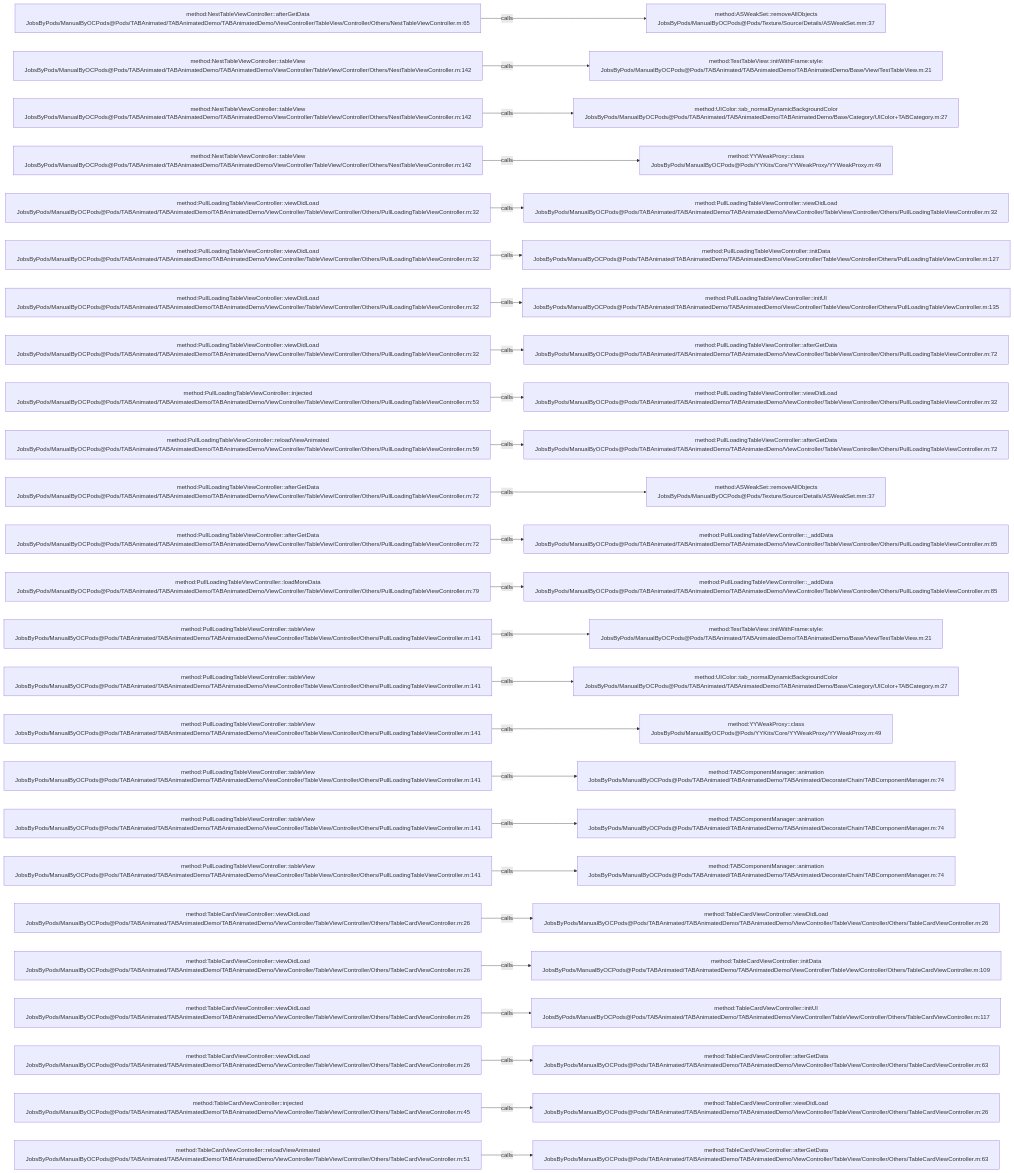
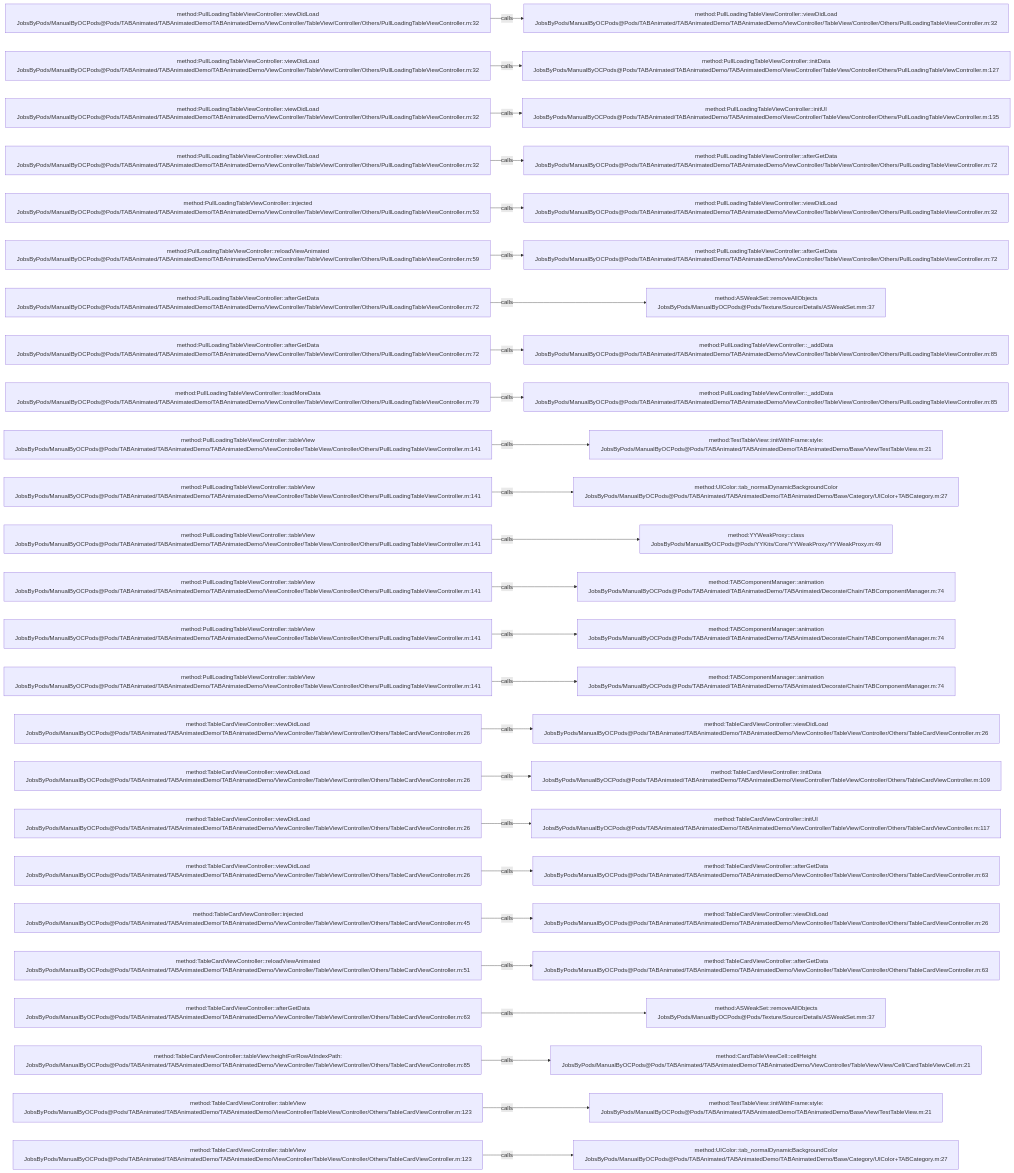
One commit to JobsKits/JobsOCBaseConfigDemo changed the diagram in .codegraph/codegraph.md/graphs/calls-056.md. Above: the diagram before and after it, drawn with Mermaid. The commit also changed 727 other files, not shown here.

````diff
--- a/.codegraph/codegraph.md/graphs/calls-056.md
+++ b/.codegraph/codegraph.md/graphs/calls-056.md
@@ -13,78 +13,78 @@
 ```mermaid
 flowchart LR
-  S1["method:NestTableViewController::afterGetData<br/>JobsByPods/ManualByOCPods@Pods/TABAnimated/TABAnimatedDemo/TABAnimatedDemo/ViewController/TableView/Controller/Others/NestTableViewController.m:65"]
-  T1["method:ASWeakSet::removeAllObjects<br/>JobsByPods/ManualByOCPods@Pods/Texture/Source/Details/ASWeakSet.mm:37"]
+  S1["method:PullLoadingTableViewController::viewDidLoad<br/>JobsByPods/ManualByOCPods@Pods/TABAnimated/TABAnimatedDemo/TABAnimatedDemo/ViewController/TableView/Controller/Others/PullLoadingTableViewController.m:32"]
+  T1["method:PullLoadingTableViewController::viewDidLoad<br/>JobsByPods/ManualByOCPods@Pods/TABAnimated/TABAnimatedDemo/TABAnimatedDemo/ViewController/TableView/Controller/Others/PullLoadingTableViewController.m:32"]
   S1 -->|calls| T1
-  S2["method:NestTableViewController::tableView<br/>JobsByPods/ManualByOCPods@Pods/TABAnimated/TABAnimatedDemo/TABAnimatedDemo/ViewController/TableView/Controller/Others/NestTableViewController.m:142"]
-  T2["method:TestTableView::initWithFrame:style:<br/>JobsByPods/ManualByOCPods@Pods/TABAnimated/TABAnimatedDemo/TABAnimatedDemo/Base/View/TestTableView.m:21"]
+  S2["method:PullLoadingTableViewController::viewDidLoad<br/>JobsByPods/ManualByOCPods@Pods/TABAnimated/TABAnimatedDemo/TABAnimatedDemo/ViewController/TableView/Controller/Others/PullLoadingTableViewController.m:32"]
+  T2["method:PullLoadingTableViewController::initData<br/>JobsByPods/ManualByOCPods@Pods/TABAnimated/TABAnimatedDemo/TABAnimatedDemo/ViewController/TableView/Controller/Others/PullLoadingTableViewController.m:127"]
   S2 -->|calls| T2
-  S3["method:NestTableViewController::tableView<br/>JobsByPods/ManualByOCPods@Pods/TABAnimated/TABAnimatedDemo/TABAnimatedDemo/ViewController/TableView/Controller/Others/NestTableViewController.m:142"]
-  T3["method:UIColor::tab_normalDynamicBackgroundColor<br/>JobsByPods/ManualByOCPods@Pods/TABAnimated/TABAnimatedDemo/TABAnimatedDemo/Base/Category/UIColor+TABCategory.m:27"]
+  S3["method:PullLoadingTableViewController::viewDidLoad<br/>JobsByPods/ManualByOCPods@Pods/TABAnimated/TABAnimatedDemo/TABAnimatedDemo/ViewController/TableView/Controller/Others/PullLoadingTableViewController.m:32"]
+  T3["method:PullLoadingTableViewController::initUI<br/>JobsByPods/ManualByOCPods@Pods/TABAnimated/TABAnimatedDemo/TABAnimatedDemo/ViewController/TableView/Controller/Others/PullLoadingTableViewController.m:135"]
   S3 -->|calls| T3
-  S4["method:NestTableViewController::tableView<br/>JobsByPods/ManualByOCPods@Pods/TABAnimated/TABAnimatedDemo/TABAnimatedDemo/ViewController/TableView/Controller/Others/NestTableViewController.m:142"]
-  T4["method:YYWeakProxy::class<br/>JobsByPods/ManualByOCPods@Pods/YYKits/Core/YYWeakProxy/YYWeakProxy.m:49"]
+  S4["method:PullLoadingTableViewController::viewDidLoad<br/>JobsByPods/ManualByOCPods@Pods/TABAnimated/TABAnimatedDemo/TABAnimatedDemo/ViewController/TableView/Controller/Others/PullLoadingTableViewController.m:32"]
+  T4["method:PullLoadingTableViewController::afterGetData<br/>JobsByPods/ManualByOCPods@Pods/TABAnimated/TABAnimatedDemo/TABAnimatedDemo/ViewController/TableView/Controller/Others/PullLoadingTableViewController.m:72"]
   S4 -->|calls| T4
-  S5["method:PullLoadingTableViewController::viewDidLoad<br/>JobsByPods/ManualByOCPods@Pods/TABAnimated/TABAnimatedDemo/TABAnimatedDemo/ViewController/TableView/Controller/Others/PullLoadingTableViewController.m:32"]
+  S5["method:PullLoadingTableViewController::injected<br/>JobsByPods/ManualByOCPods@Pods/TABAnimated/TABAnimatedDemo/TABAnimatedDemo/ViewController/TableView/Controller/Others/PullLoadingTableViewController.m:53"]
   T5["method:PullLoadingTableViewController::viewDidLoad<br/>JobsByPods/ManualByOCPods@Pods/TABAnimated/TABAnimatedDemo/TABAnimatedDemo/ViewController/TableView/Controller/Others/PullLoadingTableViewController.m:32"]
   S5 -->|calls| T5
-  S6["method:PullLoadingTableViewController::viewDidLoad<br/>JobsByPods/ManualByOCPods@Pods/TABAnimated/TABAnimatedDemo/TABAnimatedDemo/ViewController/TableView/Controller/Others/PullLoadingTableViewController.m:32"]
-  T6["method:PullLoadingTableViewController::initData<br/>JobsByPods/ManualByOCPods@Pods/TABAnimated/TABAnimatedDemo/TABAnimatedDemo/ViewController/TableView/Controller/Others/PullLoadingTableViewController.m:127"]
+  S6["method:PullLoadingTableViewController::reloadViewAnimated<br/>JobsByPods/ManualByOCPods@Pods/TABAnimated/TABAnimatedDemo/TABAnimatedDemo/ViewController/TableView/Controller/Others/PullLoadingTableViewController.m:59"]
+  T6["method:PullLoadingTableViewController::afterGetData<br/>JobsByPods/ManualByOCPods@Pods/TABAnimated/TABAnimatedDemo/TABAnimatedDemo/ViewController/TableView/Controller/Others/PullLoadingTableViewController.m:72"]
   S6 -->|calls| T6
-  S7["method:PullLoadingTableViewController::viewDidLoad<br/>JobsByPods/ManualByOCPods@Pods/TABAnimated/TABAnimatedDemo/TABAnimatedDemo/ViewController/TableView/Controller/Others/PullLoadingTableViewController.m:32"]
-  T7["method:PullLoadingTableViewController::initUI<br/>JobsByPods/ManualByOCPods@Pods/TABAnimated/TABAnimatedDemo/TABAnimatedDemo/ViewController/TableView/Controller/Others/PullLoadingTableViewController.m:135"]
+  S7["method:PullLoadingTableViewController::afterGetData<br/>JobsByPods/ManualByOCPods@Pods/TABAnimated/TABAnimatedDemo/TABAnimatedDemo/ViewController/TableView/Controller/Others/PullLoadingTableViewController.m:72"]
+  T7["method:ASWeakSet::removeAllObjects<br/>JobsByPods/ManualByOCPods@Pods/Texture/Source/Details/ASWeakSet.mm:37"]
   S7 -->|calls| T7
-  S8["method:PullLoadingTableViewController::viewDidLoad<br/>JobsByPods/ManualByOCPods@Pods/TABAnimated/TABAnimatedDemo/TABAnimatedDemo/ViewController/TableView/Controller/Others/PullLoadingTableViewController.m:32"]
-  T8["method:PullLoadingTableViewController::afterGetData<br/>JobsByPods/ManualByOCPods@Pods/TABAnimated/TABAnimatedDemo/TABAnimatedDemo/ViewController/TableView/Controller/Others/PullLoadingTableViewController.m:72"]
+  S8["method:PullLoadingTableViewController::afterGetData<br/>JobsByPods/ManualByOCPods@Pods/TABAnimated/TABAnimatedDemo/TABAnimatedDemo/ViewController/TableView/Controller/Others/PullLoadingTableViewController.m:72"]
+  T8["method:PullLoadingTableViewController::_addData<br/>JobsByPods/ManualByOCPods@Pods/TABAnimated/TABAnimatedDemo/TABAnimatedDemo/ViewController/TableView/Controller/Others/PullLoadingTableViewController.m:85"]
   S8 -->|calls| T8
-  S9["method:PullLoadingTableViewController::injected<br/>JobsByPods/ManualByOCPods@Pods/TABAnimated/TABAnimatedDemo/TABAnimatedDemo/ViewController/TableView/Controller/Others/PullLoadingTableViewController.m:53"]
-  T9["method:PullLoadingTableViewController::viewDidLoad<br/>JobsByPods/ManualByOCPods@Pods/TABAnimated/TABAnimatedDemo/TABAnimatedDemo/ViewController/TableView/Controller/Others/PullLoadingTableViewController.m:32"]
+  S9["method:PullLoadingTableViewController::loadMoreData<br/>JobsByPods/ManualByOCPods@Pods/TABAnimated/TABAnimatedDemo/TABAnimatedDemo/ViewController/TableView/Controller/Others/PullLoadingTableViewController.m:79"]
+  T9["method:PullLoadingTableViewController::_addData<br/>JobsByPods/ManualByOCPods@Pods/TABAnimated/TABAnimatedDemo/TABAnimatedDemo/ViewController/TableView/Controller/Others/PullLoadingTableViewController.m:85"]
   S9 -->|calls| T9
-  S10["method:PullLoadingTableViewController::reloadViewAnimated<br/>JobsByPods/ManualByOCPods@Pods/TABAnimated/TABAnimatedDemo/TABAnimatedDemo/ViewController/TableView/Controller/Others/PullLoadingTableViewController.m:59"]
-  T10["method:PullLoadingTableViewController::afterGetData<br/>JobsByPods/ManualByOCPods@Pods/TABAnimated/TABAnimatedDemo/TABAnimatedDemo/ViewController/TableView/Controller/Others/PullLoadingTableViewController.m:72"]
+  S10["method:PullLoadingTableViewController::tableView<br/>JobsByPods/ManualByOCPods@Pods/TABAnimated/TABAnimatedDemo/TABAnimatedDemo/ViewController/TableView/Controller/Others/PullLoadingTableViewController.m:141"]
+  T10["method:TestTableView::initWithFrame:style:<br/>JobsByPods/ManualByOCPods@Pods/TABAnimated/TABAnimatedDemo/TABAnimatedDemo/Base/View/TestTableView.m:21"]
   S10 -->|calls| T10
-  S11["method:PullLoadingTableViewController::afterGetData<br/>JobsByPods/ManualByOCPods@Pods/TABAnimated/TABAnimatedDemo/TABAnimatedDemo/ViewController/TableView/Controller/Others/PullLoadingTableViewController.m:72"]
-  T11["method:ASWeakSet::removeAllObjects<br/>JobsByPods/ManualByOCPods@Pods/Texture/Source/Details/ASWeakSet.mm:37"]
+  S11["method:PullLoadingTableViewController::tableView<br/>JobsByPods/ManualByOCPods@Pods/TABAnimated/TABAnimatedDemo/TABAnimatedDemo/ViewController/TableView/Controller/Others/PullLoadingTableViewController.m:141"]
+  T11["method:UIColor::tab_normalDynamicBackgroundColor<br/>JobsByPods/ManualByOCPods@Pods/TABAnimated/TABAnimatedDemo/TABAnimatedDemo/Base/Category/UIColor+TABCategory.m:27"]
   S11 -->|calls| T11
-  S12["method:PullLoadingTableViewController::afterGetData<br/>JobsByPods/ManualByOCPods@Pods/TABAnimated/TABAnimatedDemo/TABAnimatedDemo/ViewController/TableView/Controller/Others/PullLoadingTableViewController.m:72"]
-  T12["method:PullLoadingTableViewController::_addData<br/>JobsByPods/ManualByOCPods@Pods/TABAnimated/TABAnimatedDemo/TABAnimatedDemo/ViewController/TableView/Controller/Others/PullLoadingTableViewController.m:85"]
+  S12["method:PullLoadingTableViewController::tableView<br/>JobsByPods/ManualByOCPods@Pods/TABAnimated/TABAnimatedDemo/TABAnimatedDemo/ViewController/TableView/Controller/Others/PullLoadingTableViewController.m:141"]
+  T12["method:YYWeakProxy::class<br/>JobsByPods/ManualByOCPods@Pods/YYKits/Core/YYWeakProxy/YYWeakProxy.m:49"]
   S12 -->|calls| T12
-  S13["method:PullLoadingTableViewController::loadMoreData<br/>JobsByPods/ManualByOCPods@Pods/TABAnimated/TABAnimatedDemo/TABAnimatedDemo/ViewController/TableView/Controller/Others/PullLoadingTableViewController.m:79"]
-  T13["method:PullLoadingTableViewController::_addData<br/>JobsByPods/ManualByOCPods@Pods/TABAnimated/TABAnimatedDemo/TABAnimatedDemo/ViewController/TableView/Controller/Others/PullLoadingTableViewController.m:85"]
+  S13["method:PullLoadingTableViewController::tableView<br/>JobsByPods/ManualByOCPods@Pods/TABAnimated/TABAnimatedDemo/TABAnimatedDemo/ViewController/TableView/Controller/Others/PullLoadingTableViewController.m:141"]
+  T13["method:TABComponentManager::animation<br/>JobsByPods/ManualByOCPods@Pods/TABAnimated/TABAnimatedDemo/TABAnimated/Decorate/Chain/TABComponentManager.m:74"]
   S13 -->|calls| T13
   S14["method:PullLoadingTableViewController::tableView<br/>JobsByPods/ManualByOCPods@Pods/TABAnimated/TABAnimatedDemo/TABAnimatedDemo/ViewController/TableView/Controller/Others/PullLoadingTableViewController.m:141"]
-  T14["method:TestTableView::initWithFrame:style:<br/>JobsByPods/ManualByOCPods@Pods/TABAnimated/TABAnimatedDemo/TABAnimatedDemo/Base/View/TestTableView.m:21"]
+  T14["method:TABComponentManager::animation<br/>JobsByPods/ManualByOCPods@Pods/TABAnimated/TABAnimatedDemo/TABAnimated/Decorate/Chain/TABComponentManager.m:74"]
   S14 -->|calls| T14
   S15["method:PullLoadingTableViewController::tableView<br/>JobsByPods/ManualByOCPods@Pods/TABAnimated/TABAnimatedDemo/TABAnimatedDemo/ViewController/TableView/Controller/Others/PullLoadingTableViewController.m:141"]
-  T15["method:UIColor::tab_normalDynamicBackgroundColor<br/>JobsByPods/ManualByOCPods@Pods/TABAnimated/TABAnimatedDemo/TABAnimatedDemo/Base/Category/UIColor+TABCategory.m:27"]
+  T15["method:TABComponentManager::animation<br/>JobsByPods/ManualByOCPods@Pods/TABAnimated/TABAnimatedDemo/TABAnimated/Decorate/Chain/TABComponentManager.m:74"]
   S15 -->|calls| T15
-  S16["method:PullLoadingTableViewController::tableView<br/>JobsByPods/ManualByOCPods@Pods/TABAnimated/TABAnimatedDemo/TABAnimatedDemo/ViewController/TableView/Controller/Others/PullLoadingTableViewController.m:141"]
-  T16["method:YYWeakProxy::class<br/>JobsByPods/ManualByOCPods@Pods/YYKits/Core/YYWeakProxy/YYWeakProxy.m:49"]
+  S16["method:TableCardViewController::viewDidLoad<br/>JobsByPods/ManualByOCPods@Pods/TABAnimated/TABAnimatedDemo/TABAnimatedDemo/ViewController/TableView/Controller/Others/TableCardViewController.m:26"]
+  T16["method:TableCardViewController::viewDidLoad<br/>JobsByPods/ManualByOCPods@Pods/TABAnimated/TABAnimatedDemo/TABAnimatedDemo/ViewController/TableView/Controller/Others/TableCardViewController.m:26"]
   S16 -->|calls| T16
-  S17["method:PullLoadingTableViewController::tableView<br/>JobsByPods/ManualByOCPods@Pods/TABAnimated/TABAnimatedDemo/TABAnimatedDemo/ViewController/TableView/Controller/Others/PullLoadingTableViewController.m:141"]
-  T17["method:TABComponentManager::animation<br/>JobsByPods/ManualByOCPods@Pods/TABAnimated/TABAnimatedDemo/TABAnimated/Decorate/Chain/TABComponentManager.m:74"]
+  S17["method:TableCardViewController::viewDidLoad<br/>JobsByPods/ManualByOCPods@Pods/TABAnimated/TABAnimatedDemo/TABAnimatedDemo/ViewController/TableView/Controller/Others/TableCardViewController.m:26"]
+  T17["method:TableCardViewController::initData<br/>JobsByPods/ManualByOCPods@Pods/TABAnimated/TABAnimatedDemo/TABAnimatedDemo/ViewController/TableView/Controller/Others/TableCardViewController.m:109"]
   S17 -->|calls| T17
-  S18["method:PullLoadingTableViewController::tableView<br/>JobsByPods/ManualByOCPods@Pods/TABAnimated/TABAnimatedDemo/TABAnimatedDemo/ViewController/TableView/Controller/Others/PullLoadingTableViewController.m:141"]
-  T18["method:TABComponentManager::animation<br/>JobsByPods/ManualByOCPods@Pods/TABAnimated/TABAnimatedDemo/TABAnimated/Decorate/Chain/TABComponentManager.m:74"]
+  S18["method:TableCardViewController::viewDidLoad<br/>JobsByPods/ManualByOCPods@Pods/TABAnimated/TABAnimatedDemo/TABAnimatedDemo/ViewController/TableView/Controller/Others/TableCardViewController.m:26"]
+  T18["method:TableCardViewController::initUI<br/>JobsByPods/ManualByOCPods@Pods/TABAnimated/TABAnimatedDemo/TABAnimatedDemo/ViewController/TableView/Controller/Others/TableCardViewController.m:117"]
   S18 -->|calls| T18
-  S19["method:PullLoadingTableViewController::tableView<br/>JobsByPods/ManualByOCPods@Pods/TABAnimated/TABAnimatedDemo/TABAnimatedDemo/ViewController/TableView/Controller/Others/PullLoadingTableViewController.m:141"]
-  T19["method:TABComponentManager::animation<br/>JobsByPods/ManualByOCPods@Pods/TABAnimated/TABAnimatedDemo/TABAnimated/Decorate/Chain/TABComponentManager.m:74"]
+  S19["method:TableCardViewController::viewDidLoad<br/>JobsByPods/ManualByOCPods@Pods/TABAnimated/TABAnimatedDemo/TABAnimatedDemo/ViewController/TableView/Controller/Others/TableCardViewController.m:26"]
+  T19["method:TableCardViewController::afterGetData<br/>JobsByPods/ManualByOCPods@Pods/TABAnimated/TABAnimatedDemo/TABAnimatedDemo/ViewController/TableView/Controller/Others/TableCardViewController.m:63"]
   S19 -->|calls| T19
-  S20["method:TableCardViewController::viewDidLoad<br/>JobsByPods/ManualByOCPods@Pods/TABAnimated/TABAnimatedDemo/TABAnimatedDemo/ViewController/TableView/Controller/Others/TableCardViewController.m:26"]
+  S20["method:TableCardViewController::injected<br/>JobsByPods/ManualByOCPods@Pods/TABAnimated/TABAnimatedDemo/TABAnimatedDemo/ViewController/TableView/Controller/Others/TableCardViewController.m:45"]
   T20["method:TableCardViewController::viewDidLoad<br/>JobsByPods/ManualByOCPods@Pods/TABAnimated/TABAnimatedDemo/TABAnimatedDemo/ViewController/TableView/Controller/Others/TableCardViewController.m:26"]
   S20 -->|calls| T20
-  S21["method:TableCardViewController::viewDidLoad<br/>JobsByPods/ManualByOCPods@Pods/TABAnimated/TABAnimatedDemo/TABAnimatedDemo/ViewController/TableView/Controller/Others/TableCardViewController.m:26"]
-  T21["method:TableCardViewController::initData<br/>JobsByPods/ManualByOCPods@Pods/TABAnimated/TABAnimatedDemo/TABAnimatedDemo/ViewController/TableView/Controller/Others/TableCardViewController.m:109"]
+  S21["method:TableCardViewController::reloadViewAnimated<br/>JobsByPods/ManualByOCPods@Pods/TABAnimated/TABAnimatedDemo/TABAnimatedDemo/ViewController/TableView/Controller/Others/TableCardViewController.m:51"]
+  T21["method:TableCardViewController::afterGetData<br/>JobsByPods/ManualByOCPods@Pods/TABAnimated/TABAnimatedDemo/TABAnimatedDemo/ViewController/TableView/Controller/Others/TableCardViewController.m:63"]
   S21 -->|calls| T21
-  S22["method:TableCardViewController::viewDidLoad<br/>JobsByPods/ManualByOCPods@Pods/TABAnimated/TABAnimatedDemo/TABAnimatedDemo/ViewController/TableView/Controller/Others/TableCardViewController.m:26"]
-  T22["method:TableCardViewController::initUI<br/>JobsByPods/ManualByOCPods@Pods/TABAnimated/TABAnimatedDemo/TABAnimatedDemo/ViewController/TableView/Controller/Others/TableCardViewController.m:117"]
+  S22["method:TableCardViewController::afterGetData<br/>JobsByPods/ManualByOCPods@Pods/TABAnimated/TABAnimatedDemo/TABAnimatedDemo/ViewController/TableView/Controller/Others/TableCardViewController.m:63"]
+  T22["method:ASWeakSet::removeAllObjects<br/>JobsByPods/ManualByOCPods@Pods/Texture/Source/Details/ASWeakSet.mm:37"]
   S22 -->|calls| T22
-  S23["method:TableCardViewController::viewDidLoad<br/>JobsByPods/ManualByOCPods@Pods/TABAnimated/TABAnimatedDemo/TABAnimatedDemo/ViewController/TableView/Controller/Others/TableCardViewController.m:26"]
-  T23["method:TableCardViewController::afterGetData<br/>JobsByPods/ManualByOCPods@Pods/TABAnimated/TABAnimatedDemo/TABAnimatedDemo/ViewController/TableView/Controller/Others/TableCardViewController.m:63"]
+  S23["method:TableCardViewController::tableView:heightForRowAtIndexPath:<br/>JobsByPods/ManualByOCPods@Pods/TABAnimated/TABAnimatedDemo/TABAnimatedDemo/ViewController/TableView/Controller/Others/TableCardViewController.m:85"]
+  T23["method:CardTableViewCell::cellHeight<br/>JobsByPods/ManualByOCPods@Pods/TABAnimated/TABAnimatedDemo/TABAnimatedDemo/ViewController/TableView/View/Cell/CardTableViewCell.m:21"]
   S23 -->|calls| T23
-  S24["method:TableCardViewController::injected<br/>JobsByPods/ManualByOCPods@Pods/TABAnimated/TABAnimatedDemo/TABAnimatedDemo/ViewController/TableView/Controller/Others/TableCardViewController.m:45"]
-  T24["method:TableCardViewController::viewDidLoad<br/>JobsByPods/ManualByOCPods@Pods/TABAnimated/TABAnimatedDemo/TABAnimatedDemo/ViewController/TableView/Controller/Others/TableCardViewController.m:26"]
+  S24["method:TableCardViewController::tableView<br/>JobsByPods/ManualByOCPods@Pods/TABAnimated/TABAnimatedDemo/TABAnimatedDemo/ViewController/TableView/Controller/Others/TableCardViewController.m:123"]
+  T24["method:TestTableView::initWithFrame:style:<br/>JobsByPods/ManualByOCPods@Pods/TABAnimated/TABAnimatedDemo/TABAnimatedDemo/Base/View/TestTableView.m:21"]
   S24 -->|calls| T24
-  S25["method:TableCardViewController::reloadViewAnimated<br/>JobsByPods/ManualByOCPods@Pods/TABAnimated/TABAnimatedDemo/TABAnimatedDemo/ViewController/TableView/Controller/Others/TableCardViewController.m:51"]
-  T25["method:TableCardViewController::afterGetData<br/>JobsByPods/ManualByOCPods@Pods/TABAnimated/TABAnimatedDemo/TABAnimatedDemo/ViewController/TableView/Controller/Others/TableCardViewController.m:63"]
+  S25["method:TableCardViewController::tableView<br/>JobsByPods/ManualByOCPods@Pods/TABAnimated/TABAnimatedDemo/TABAnimatedDemo/ViewController/TableView/Controller/Others/TableCardViewController.m:123"]
+  T25["method:UIColor::tab_normalDynamicBackgroundColor<br/>JobsByPods/ManualByOCPods@Pods/TABAnimated/TABAnimatedDemo/TABAnimatedDemo/Base/Category/UIColor+TABCategory.m:27"]
   S25 -->|calls| T25
 ```
````
